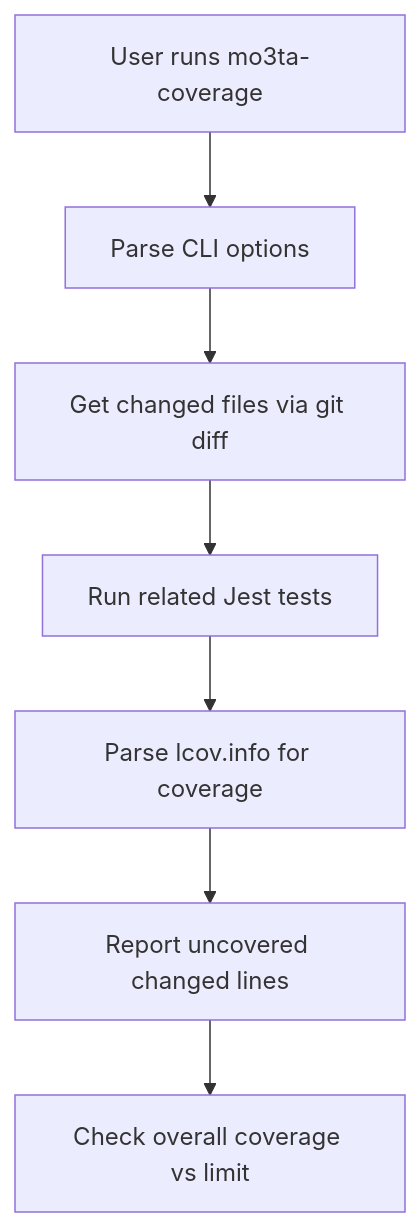
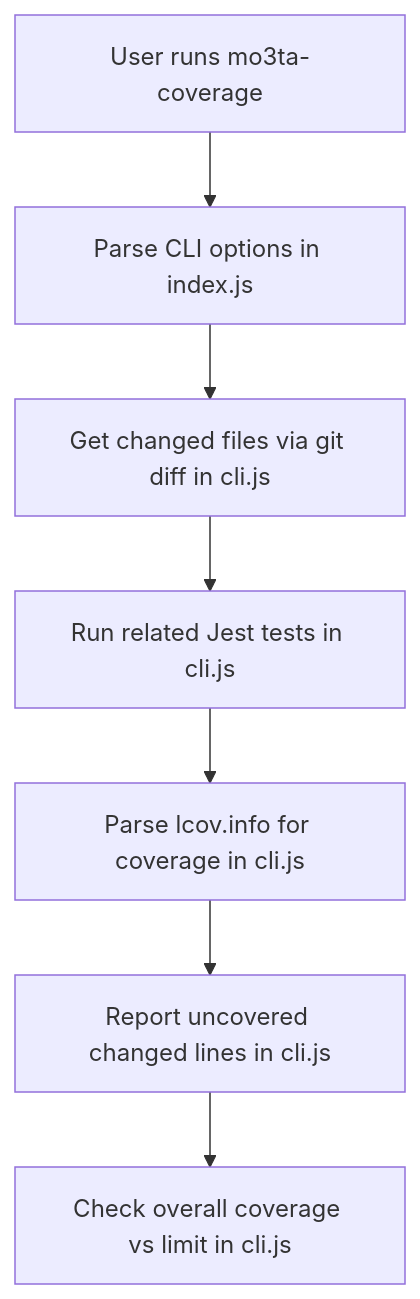
The diagram in README.md (MahmoudMabrok/mo3ta-coverage), drawn with Mermaid before and after one commit. The commit also changed other lines of this file and 1 other file, not shown here.

Commit message:
Enhance coverage reporting in CLI tool to display absolute paths and improved coverage metrics

````diff
--- a/README.md
+++ b/README.md
@@ -29,9 +38,9 @@
 ```mermaid
 flowchart TD
-    A[User runs mo3ta-coverage] --> B[Parse CLI options]
-    B --> C[Get changed files via git diff]
-    C --> D[Run related Jest tests]
-    D --> E[Parse lcov.info for coverage]
-    E --> F[Report uncovered changed lines]
-    F --> G[Check overall coverage vs limit]
+    A[User runs mo3ta-coverage] --> B[Parse CLI options in index.js]
+    B --> C[Get changed files via git diff in cli.js]
+    C --> D[Run related Jest tests in cli.js]
+    D --> E[Parse lcov.info for coverage in cli.js]
+    E --> F[Report uncovered changed lines in cli.js]
+    F --> G[Check overall coverage vs limit in cli.js]
 ```
````
